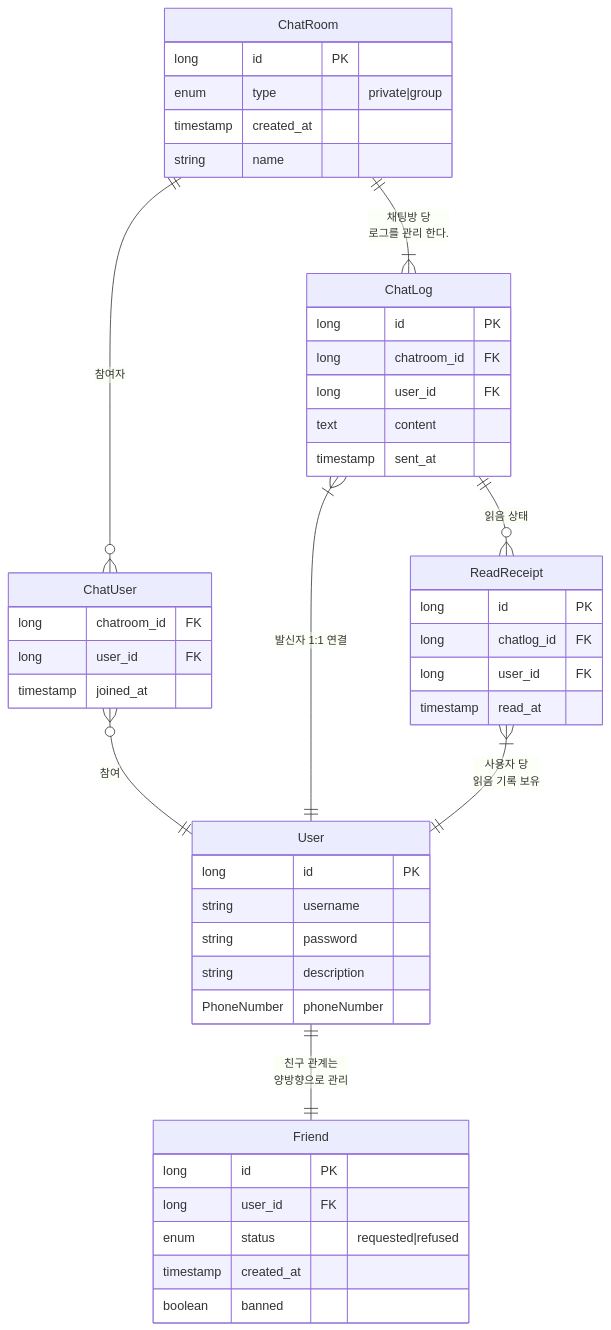
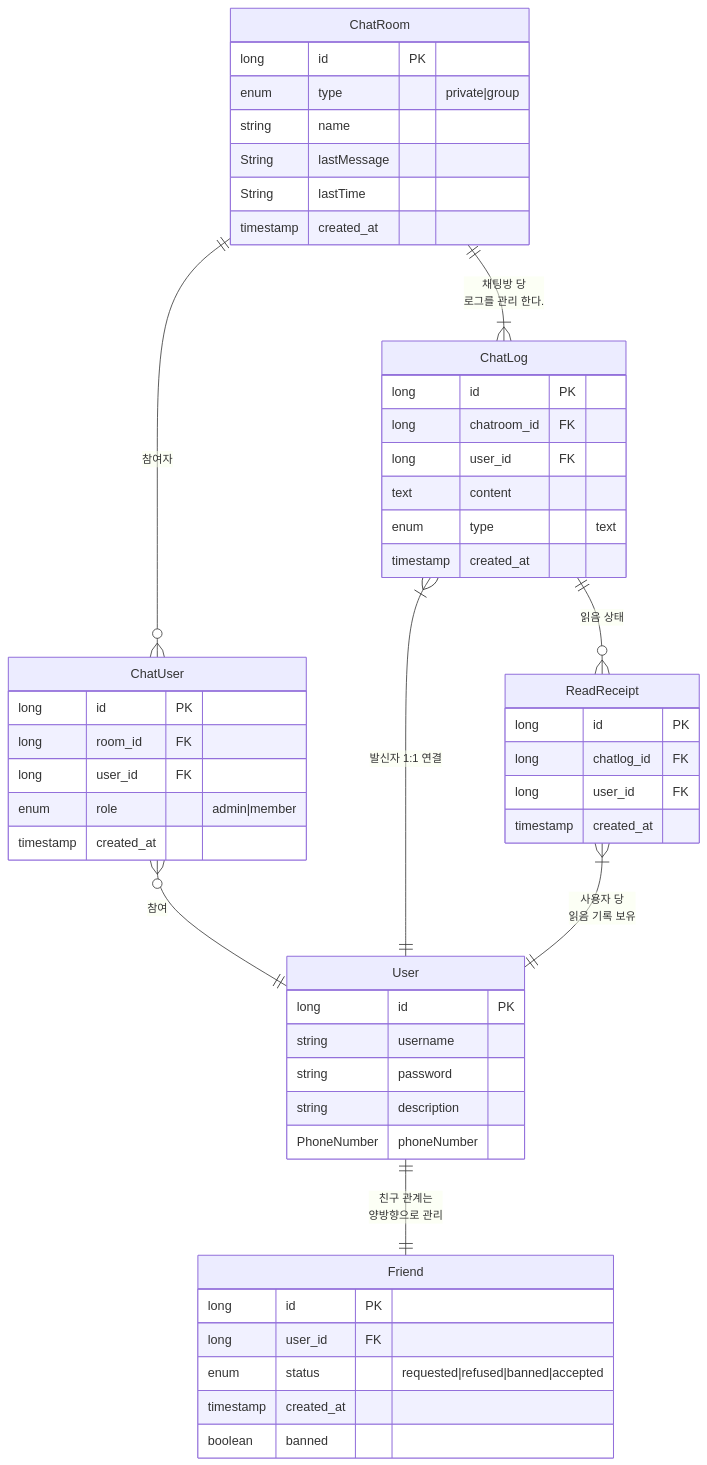
Before and after one commit to shurona/shrona-docs: the second of 5 diagrams in content/03. Spring/010. project/채팅 프로그램 제작 해보자.md, drawn with Mermaid. The commit also changed other lines of this file and 2 other files, not shown here.

````diff
--- a/content/03. Spring/010. project/채팅 프로그램 제작 해보자.md
+++ b/content/03. Spring/010. project/채팅 프로그램 제작 해보자.md
@@ -27,62 +28,68 @@
 ```mermaid
 erDiagram
 
 	%% 유저 %%
     User {
         long id PK
         string username
         string password
         string description
         PhoneNumber phoneNumber
     }    
 	
     %% 채팅 시스템 %%
     ChatRoom {
         long id PK
         enum type "private|group"
+        string name
+        String lastMessage
+        String lastTime
         timestamp created_at
-        string name
     }
 
     %% 관계 테이블 %%
     Friend {
         long id PK
         long user_id FK
-        enum status "requested|refused"
+        enum status "requested|refused|banned|accepted"
         timestamp created_at
         boolean banned
     }
 
     ChatUser {
-        long chatroom_id FK
+	    long id PK
+        long room_id FK
         long user_id FK
-        timestamp joined_at
+        %% private chat는 member만 있다. %%
+        enum role "admin|member" 
+        timestamp created_at
     }
 
     ChatLog {
         long id PK
         long chatroom_id FK
         long user_id FK
         text content
-        timestamp sent_at
+        enum type "text"
+        timestamp created_at
     }
 
     ReadReceipt {
 	    long id PK
         long chatlog_id FK
         long user_id FK
-        timestamp read_at
+        timestamp created_at
     }
 
 	%% 관계 설명 - 1 %%
 	ChatRoom ||--o{ ChatUser : "참여자"
     ChatLog ||--o{ ReadReceipt : "읽음 상태"
     
     %% 관계 설명 - 2 %%
     ChatUser }o--|| User : "참여"
     User ||--|| Friend : "친구 관계는<br/>양방향으로 관리"
     ChatRoom ||--|{ ChatLog : "채팅방 당<br/>로그를 관리 한다."
     ChatLog }|--|| User : "발신자 1:1 연결"
     ReadReceipt }|--|| User : "사용자 당<br/>읽음 기록 보유"
 
 ```
````
